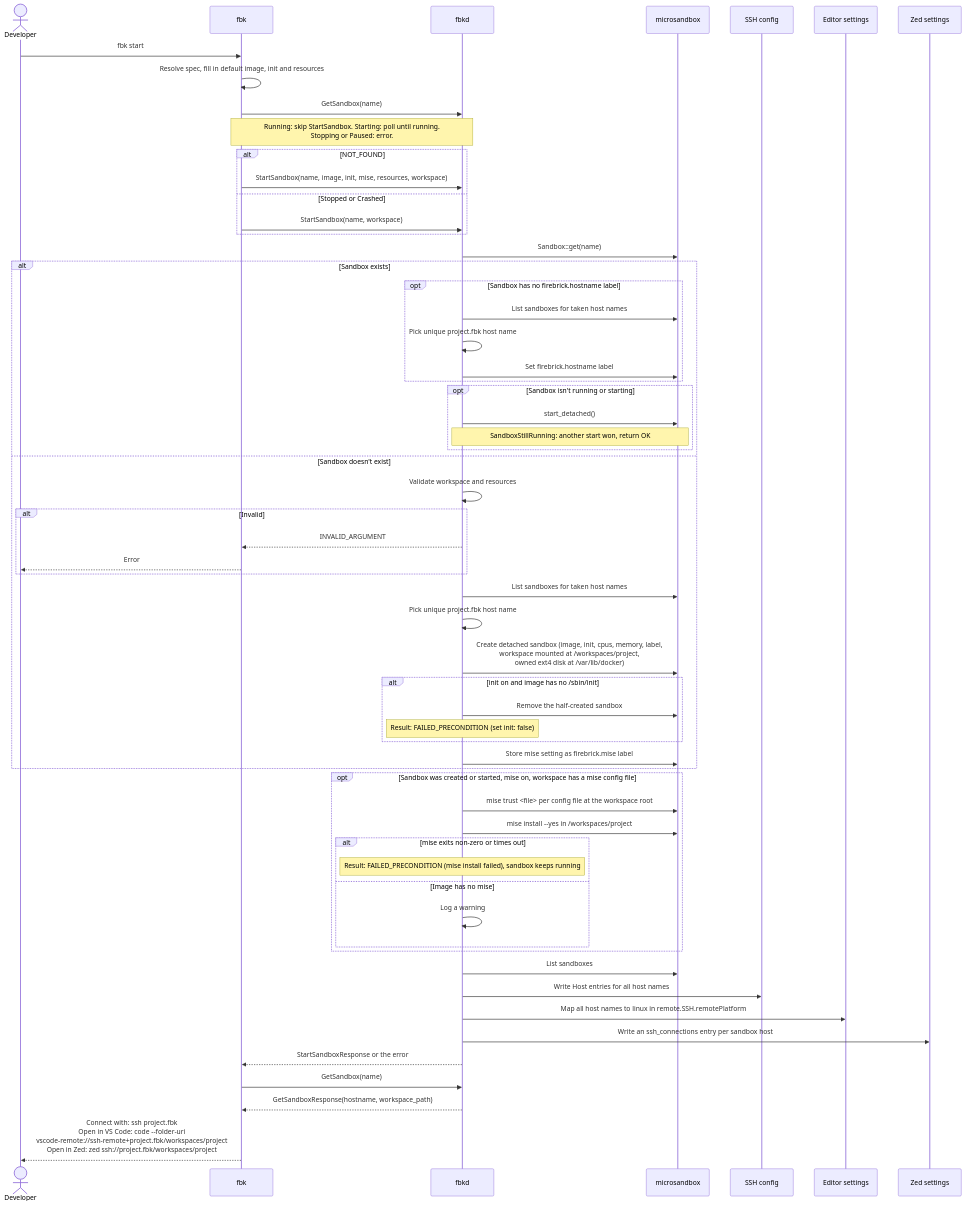
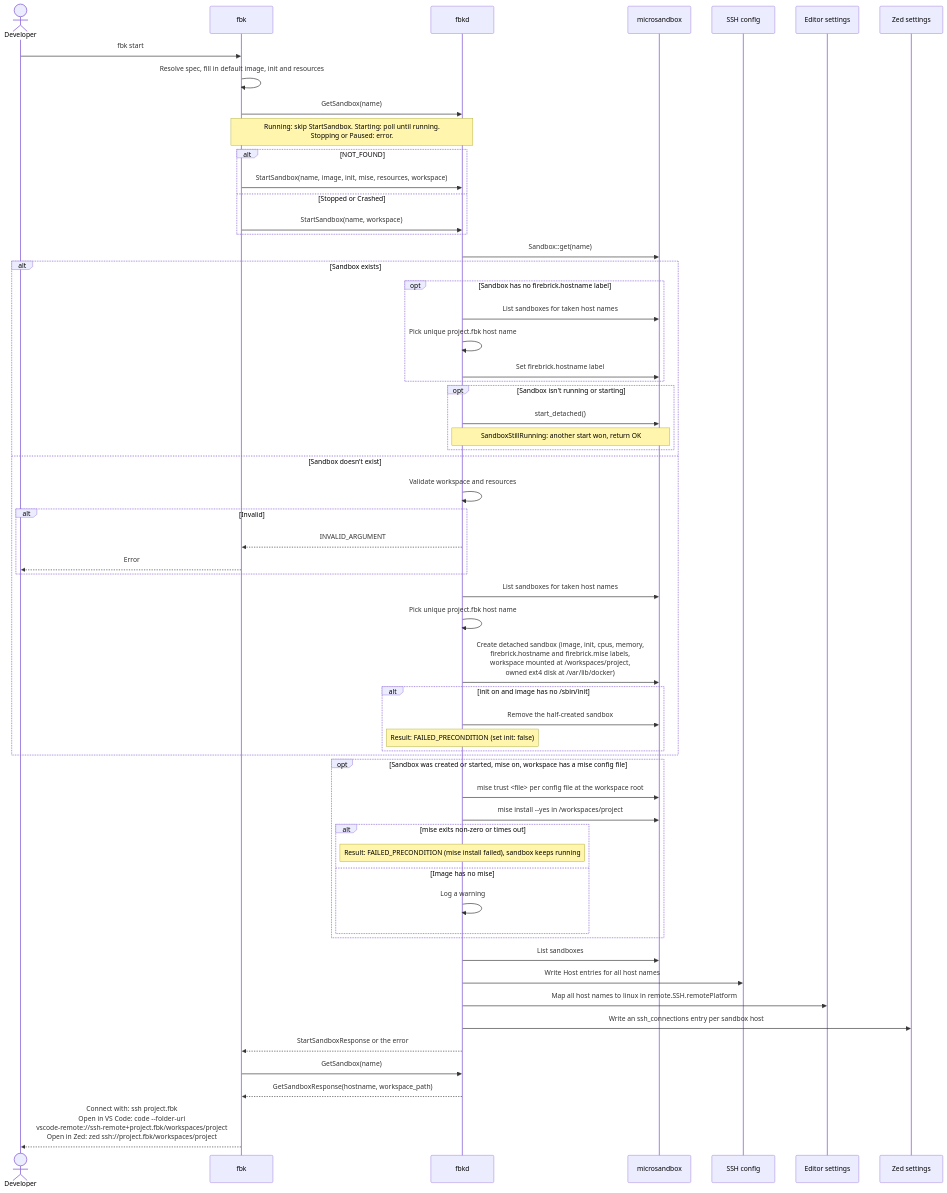
The fourth of 6 diagrams in docs/architecture/06-runtime-view.md (wmeints/anvil), drawn with Mermaid before and after one commit. The commit also changed other lines of this file and 3 other files, not shown here.

````diff
--- a/docs/architecture/06-runtime-view.md
+++ b/docs/architecture/06-runtime-view.md
@@ -231,66 +235,65 @@
 ```mermaid
 sequenceDiagram
     actor Dev as Developer
     participant CLI as fbk
     participant D as fbkd
     participant MS as microsandbox
     participant SSH as SSH config
     participant Ed as Editor settings
     participant Zed as Zed settings
 
     Dev->>CLI: fbk start
     CLI->>CLI: Resolve spec, fill in default image, init and resources
     CLI->>D: GetSandbox(name)
     Note over CLI,D: Running: skip StartSandbox. Starting: poll until running.<br/>Stopping or Paused: error.
     alt NOT_FOUND
         CLI->>D: StartSandbox(name, image, init, mise, resources, workspace)
     else Stopped or Crashed
         CLI->>D: StartSandbox(name, workspace)
     end
     D->>MS: Sandbox::get(name)
 
     alt Sandbox exists
         opt Sandbox has no firebrick.hostname label
             D->>MS: List sandboxes for taken host names
             D->>D: Pick unique project.fbk host name
             D->>MS: Set firebrick.hostname label
         end
         opt Sandbox isn't running or starting
             D->>MS: start_detached()
             Note over D,MS: SandboxStillRunning: another start won, return OK
         end
     else Sandbox doesn't exist
         D->>D: Validate workspace and resources
         alt Invalid
             D-->>CLI: INVALID_ARGUMENT
             CLI-->>Dev: Error
         end
         D->>MS: List sandboxes for taken host names
         D->>D: Pick unique project.fbk host name
-        D->>MS: Create detached sandbox (image, init, cpus, memory, label,<br/>workspace mounted at /workspaces/project,<br/>owned ext4 disk at /var/lib/docker)
+        D->>MS: Create detached sandbox (image, init, cpus, memory,<br/>firebrick.hostname and firebrick.mise labels,<br/>workspace mounted at /workspaces/project,<br/>owned ext4 disk at /var/lib/docker)
         alt init on and image has no /sbin/init
             D->>MS: Remove the half-created sandbox
             Note over D: Result: FAILED_PRECONDITION (set init: false)
         end
-        D->>MS: Store mise setting as firebrick.mise label
     end
 
     opt Sandbox was created or started, mise on, workspace has a mise config file
         D->>MS: mise trust <file> per config file at the workspace root
         D->>MS: mise install --yes in /workspaces/project
         alt mise exits non-zero or times out
             Note over D: Result: FAILED_PRECONDITION (mise install failed), sandbox keeps running
         else Image has no mise
             D->>D: Log a warning
         end
     end
 
     D->>MS: List sandboxes
     D->>SSH: Write Host entries for all host names
     D->>Ed: Map all host names to linux in remote.SSH.remotePlatform
     D->>Zed: Write an ssh_connections entry per sandbox host
     D-->>CLI: StartSandboxResponse or the error
     CLI->>D: GetSandbox(name)
     D-->>CLI: GetSandboxResponse(hostname, workspace_path)
     CLI-->>Dev: Connect with: ssh project.fbk<br/>Open in VS Code: code --folder-uri<br/>vscode-remote://ssh-remote+project.fbk/workspaces/project<br/>Open in Zed: zed ssh://project.fbk/workspaces/project
 ```
````
